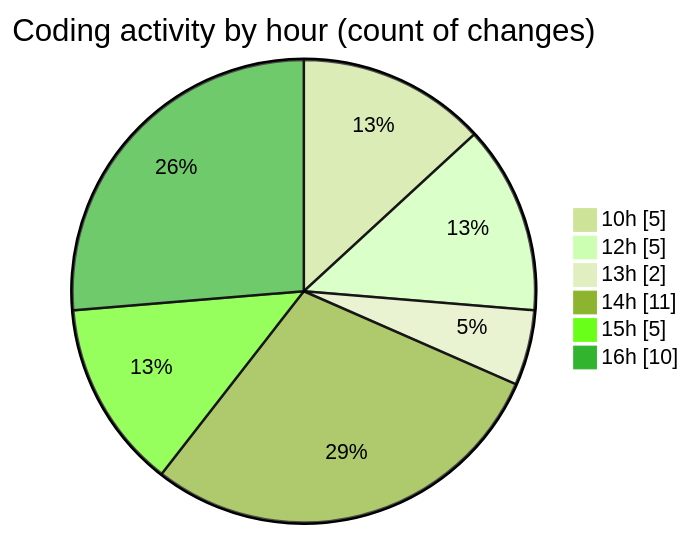
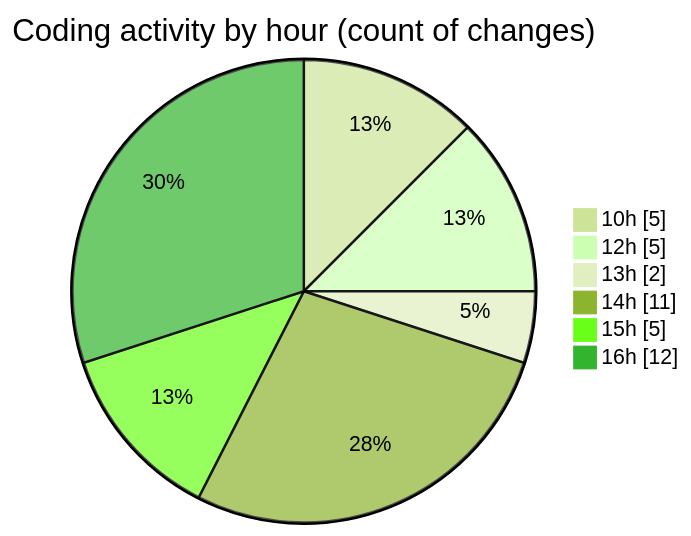
Before and after one commit to Ritupan-Deka/code-tracking: the second of 2 diagrams in 2025-07-07/urlwebwala_intership_work/README.md, drawn with Mermaid (forest theme). The commit also changed other lines of this file and 1 other file, not shown here.

````diff
--- a/2025-07-07/urlwebwala_intership_work/README.md
+++ b/2025-07-07/urlwebwala_intership_work/README.md
@@ -30,10 +30,10 @@
 ```mermaid
 pie showData
 title Coding activity by hour (count of changes)
 "10h" : 5
 "12h" : 5
 "13h" : 2
 "14h" : 11
 "15h" : 5
-"16h" : 10
+"16h" : 12
 ```
````
